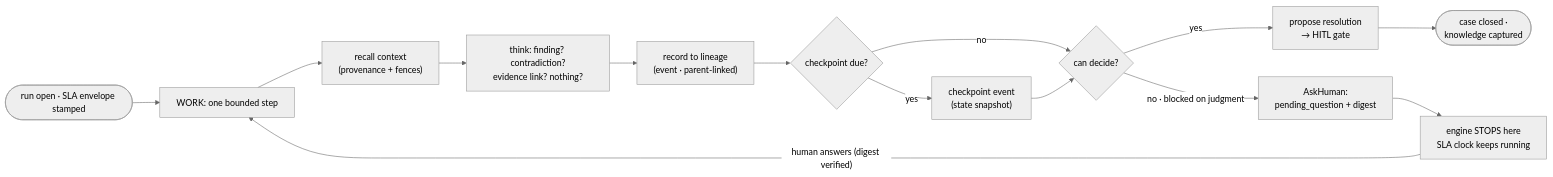
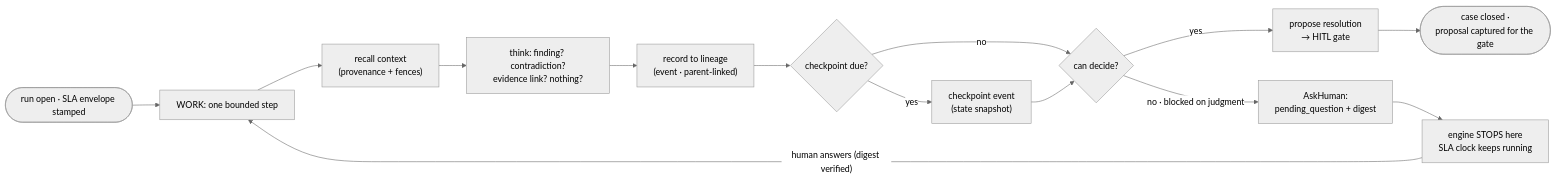
The third of 6 diagrams in docs/architecture.md (markfietje/brain-server), drawn with Mermaid (neutral theme) before and after one commit. The commit also changed other lines of this file and 1 other file, not shown here.

First line of the commit message:
docs: correct four diagram defects, and pin the diagrams against the code

````diff
--- a/docs/architecture.md
+++ b/docs/architecture.md
@@ -231,16 +238,16 @@
 ```mermaid
 flowchart LR
     S(["run open · SLA envelope stamped"]) --> W["WORK: one bounded step"]
     W --> R["recall context<br/>(provenance + fences)"]
     R --> T["think: finding? contradiction?<br/>evidence link? nothing?"]
     T --> REC["record to lineage<br/>(event · parent-linked)"]
     REC --> CK{"checkpoint due?"}
     CK -- "yes" --> CP["checkpoint event<br/>(state snapshot)"]
     CK -- "no" --> Q
     CP --> Q{"can decide?"}
     Q -- "yes" --> DONE["propose resolution<br/>→ HITL gate"]
     Q -- "no · blocked on judgment" --> ASK["AskHuman:<br/>pending_question + digest"]
     ASK --> PAUSE["engine STOPS here<br/>SLA clock keeps running"]
     PAUSE -- "human answers (digest verified)" --> W
-    DONE --> CLOSE(["case closed ·<br/>knowledge captured"])
+    DONE --> CLOSE(["case closed ·<br/>proposal captured for the gate"])
 ```
````
